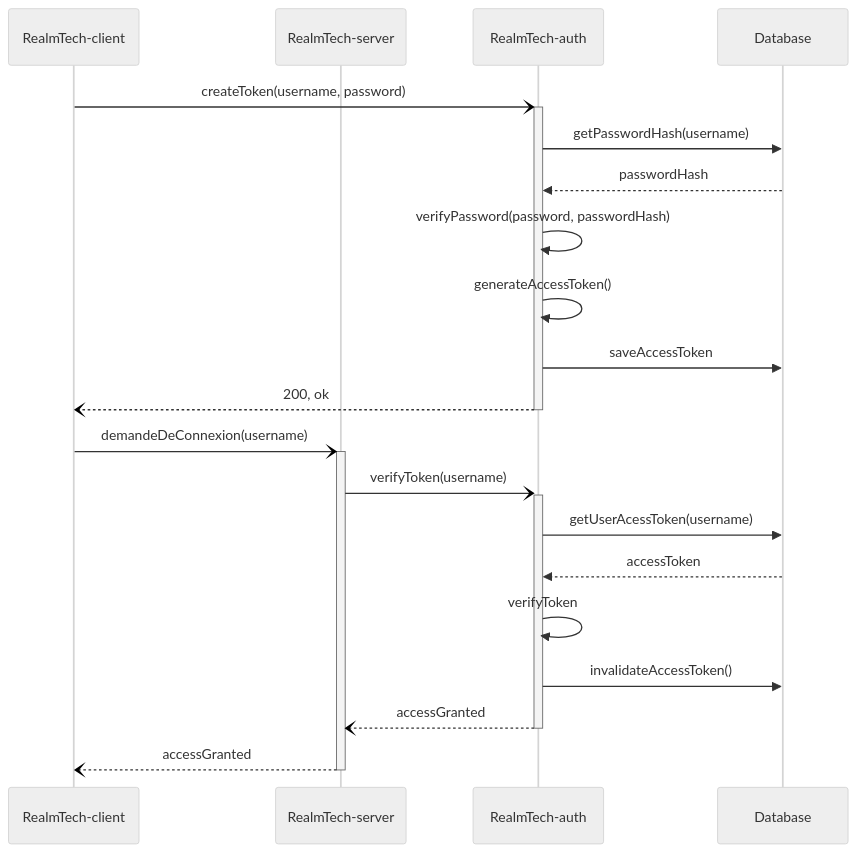
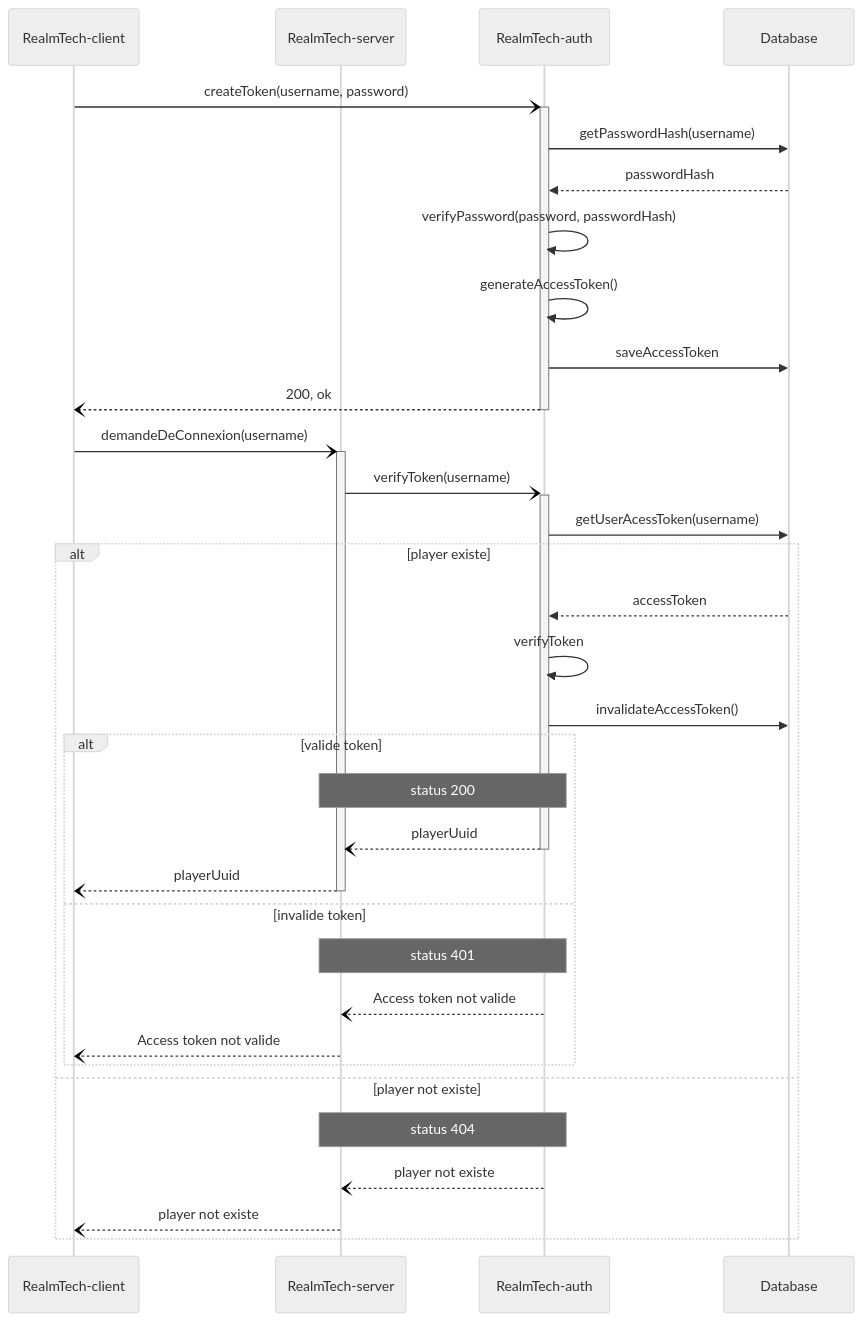
One commit to FabienChatton/RealmTech-auth changed the first of 2 diagrams in readme.md. Above: the diagram before and after it, drawn with Mermaid (neutral theme).

Commit message:
vérification diagramme, mise à jour

````diff
--- a/readme.md
+++ b/readme.md
@@ -27,23 +27,36 @@
 ```mermaid
 sequenceDiagram
     participant RealmTech-client
     participant RealmTech-server
     participant RealmTech-auth
     participant Database
 
     RealmTech-client -)+ RealmTech-auth:  createToken(username, password)
     RealmTech-auth ->> Database: getPasswordHash(username)
     Database -->> RealmTech-auth: passwordHash
     RealmTech-auth ->> RealmTech-auth: verifyPassword(password, passwordHash)
     RealmTech-auth ->> RealmTech-auth: generateAccessToken()
     RealmTech-auth ->> Database: saveAccessToken
     RealmTech-auth --)- RealmTech-client: 200, ok
     RealmTech-client -)+ RealmTech-server: demandeDeConnexion(username)
     RealmTech-server -)+ RealmTech-auth: verifyToken(username)
     RealmTech-auth ->> Database: getUserAcessToken(username)
-    Database -->> RealmTech-auth: accessToken
-    RealmTech-auth ->> RealmTech-auth: verifyToken
-    RealmTech-auth ->> Database: invalidateAccessToken()
-    RealmTech-auth --)- RealmTech-server: accessGranted
-    RealmTech-server --)- RealmTech-client: accessGranted
+        alt player existe
+        Database -->> RealmTech-auth: accessToken
+        RealmTech-auth ->> RealmTech-auth: verifyToken
+        RealmTech-auth ->> Database: invalidateAccessToken()
+        alt valide token
+            note over RealmTech-auth, RealmTech-server: status 200
+            RealmTech-auth --)- RealmTech-server: playerUuid
+            RealmTech-server --)- RealmTech-client: playerUuid
+        else invalide token
+            note over RealmTech-auth, RealmTech-server: status 401
+            RealmTech-auth --) RealmTech-server: Access token not valide
+            RealmTech-server --) RealmTech-client: Access token not valide
+        end
+    else player not existe
+        note over RealmTech-auth, RealmTech-server: status 404
+            RealmTech-auth --) RealmTech-server: player not existe
+        RealmTech-server --) RealmTech-client: player not existe
+    end
 ```
````
